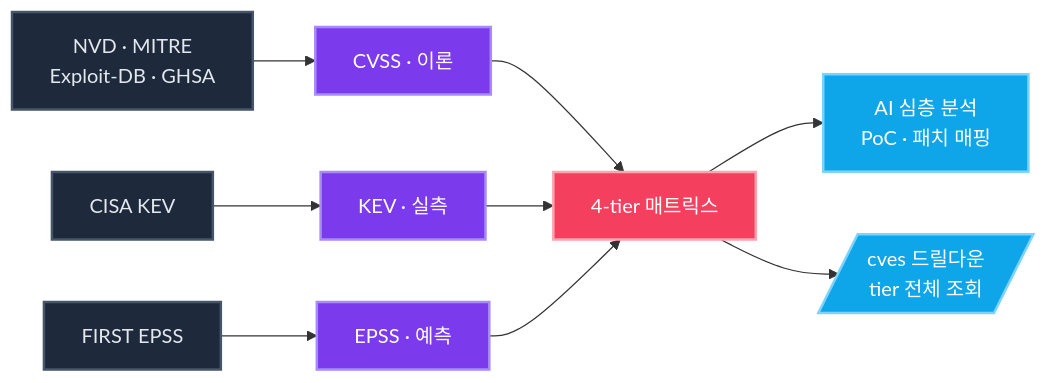
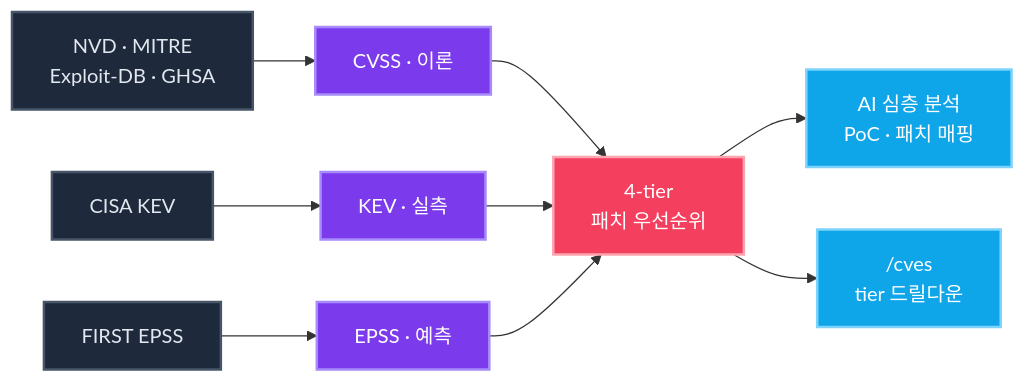
The diagram in README.md (mimonimo/Kestrel), drawn with Mermaid before and after one commit. The commit also changed other lines of this file, not shown here.

First line of the commit message:
docs: README 미니멀 재정렬 — 데이터 흐름 mermaid 중심으로 군더더기 제거 (PR 10-BT)

````diff
--- a/README.md
+++ b/README.md
@@ -254,22 +38,22 @@
 ```mermaid
 flowchart LR
     classDef src fill:#1e293b,stroke:#475569,color:#e2e8f0,stroke-width:2px
     classDef sig fill:#7c3aed,stroke:#a78bfa,color:#fff,stroke-width:2px
     classDef matrix fill:#f43f5e,stroke:#fda4af,color:#fff,stroke-width:2px
     classDef out fill:#0ea5e9,stroke:#7dd3fc,color:#fff,stroke-width:2px
 
-    NVD[NVD · MITRE<br/>Exploit-DB · GHSA]:::src
-    KEV[CISA KEV]:::src
-    EPSS[FIRST EPSS]:::src
+    NVD["NVD · MITRE<br/>Exploit-DB · GHSA"]:::src
+    KEV["CISA KEV"]:::src
+    EPSS["FIRST EPSS"]:::src
 
-    NVD --> CVSS[CVSS · 이론]:::sig
-    KEV --> KEVSIG[KEV · 실측]:::sig
-    EPSS --> EPSSSIG[EPSS · 예측]:::sig
+    NVD --> CVSS["CVSS · 이론"]:::sig
+    KEV --> KEVSIG["KEV · 실측"]:::sig
+    EPSS --> EPSSSIG["EPSS · 예측"]:::sig
 
-    CVSS --> Matrix[4-tier 매트릭스]:::matrix
+    CVSS --> Matrix["4-tier<br/>패치 우선순위"]:::matrix
     KEVSIG --> Matrix
     EPSSSIG --> Matrix
 
-    Matrix --> AI[AI 심층 분석<br/>PoC · 패치 매핑]:::out
-    Matrix --> List[/cves 드릴다운<br/>tier 전체 조회/]:::out
+    Matrix --> AI["AI 심층 분석<br/>PoC · 패치 매핑"]:::out
+    Matrix --> List["/cves<br/>tier 드릴다운"]:::out
 ```
````
